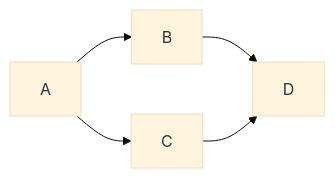
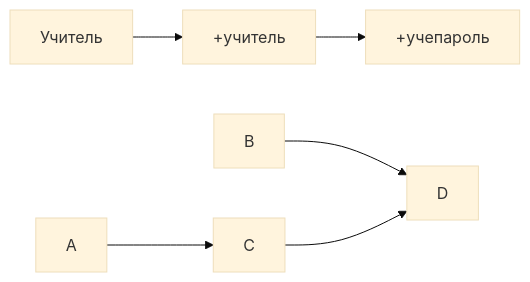
One commit to caffreyfizz/discord.py-platform-SIC changed the diagram in README.md. Above: the diagram before and after it, drawn with Mermaid (base theme).

````diff
--- a/README.md
+++ b/README.md
@@ -113,7 +113,7 @@
 ```mermaid
   graph LR;
-      A-->B;
+      Учитель-->+учитель-->+учепароль;
       A-->C;
       B-->D;
       C-->D;
 ```
````
